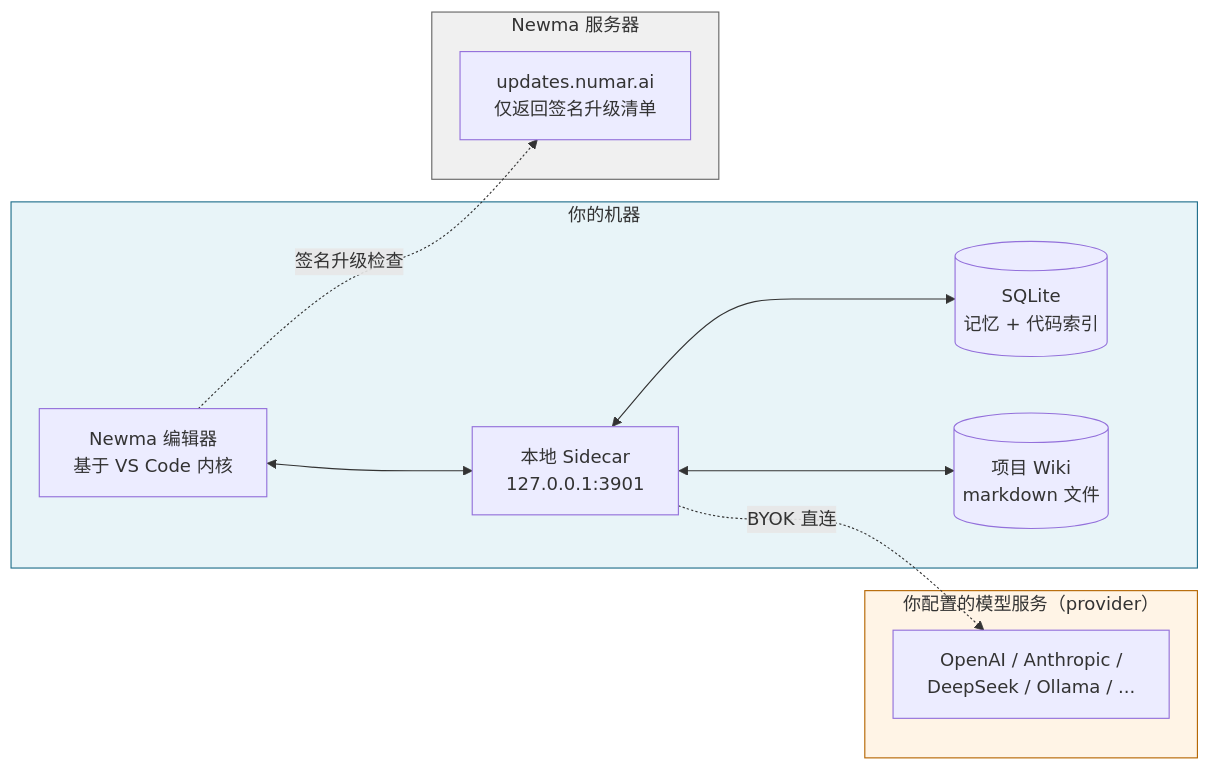
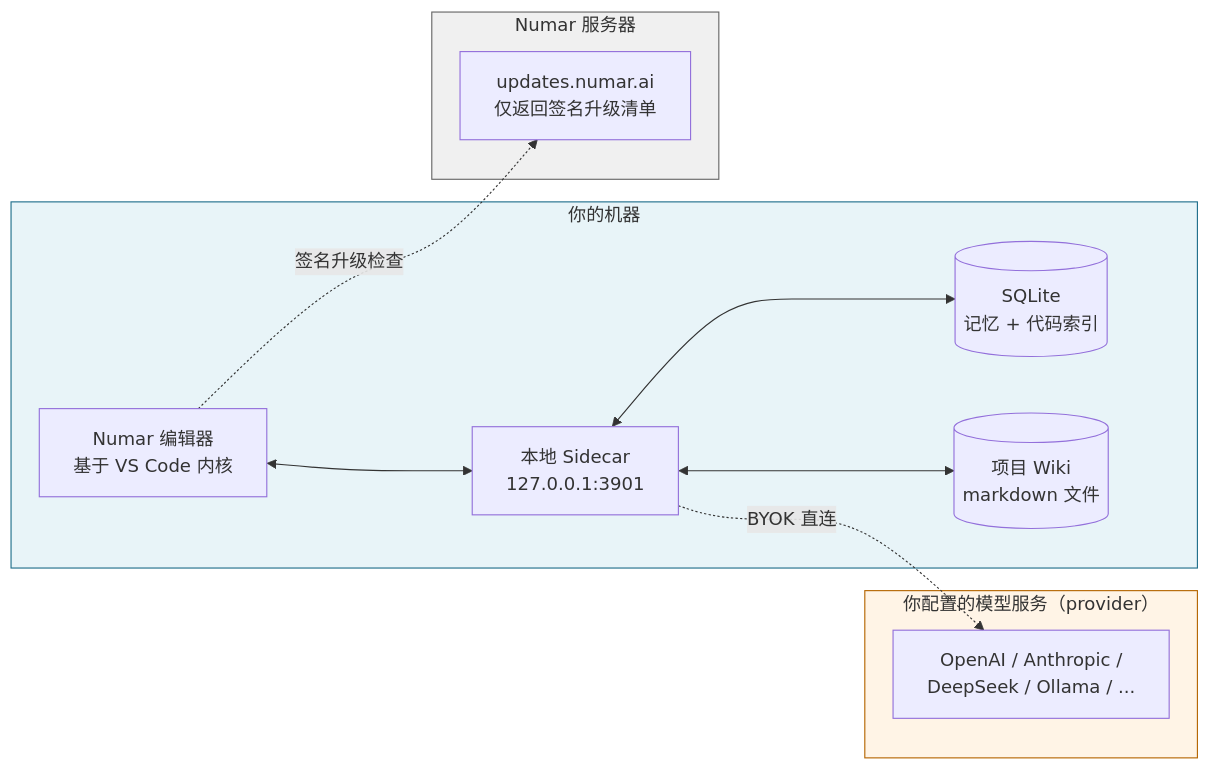
One commit to NumarAI/numar-releases changed the first of 3 diagrams in README.zh-CN.md. Above: the diagram before and after it, drawn with Mermaid. The commit also changed other lines of this file and 1 other file, not shown here.

First line of the commit message:
Rebrand README to Numar following the v0.0.5 release.

````diff
--- a/README.zh-CN.md
+++ b/README.zh-CN.md
@@ -57,31 +57,31 @@
 ```mermaid
 graph LR
     subgraph YourMachine["你的机器"]
-        Editor[Newma 编辑器<br/>基于 VS Code 内核]
+        Editor[Numar 编辑器<br/>基于 VS Code 内核]
         Sidecar[本地 Sidecar<br/>127.0.0.1:3901]
         SQLite[(SQLite<br/>记忆 + 代码索引)]
         Wiki[(项目 Wiki<br/>markdown 文件)]
         Editor <--> Sidecar
         Sidecar <--> SQLite
         Sidecar <--> Wiki
     end
 
     subgraph YourProvider["你配置的模型服务（provider）"]
         LLM[OpenAI / Anthropic /<br/>DeepSeek / Ollama / ...]
     end
 
     Sidecar -.BYOK 直连.-> LLM
 
-    subgraph NewmaServers["Newma 服务器"]
+    subgraph NumarServers["Numar 服务器"]
         UpdateServer[updates.numar.ai<br/>仅返回签名升级清单]
     end
 
     Editor -.签名升级检查.-> UpdateServer
 
     classDef yours fill:#e8f4f8,stroke:#1f6f8b
     classDef provider fill:#fff4e6,stroke:#b56500
     classDef ours fill:#f0f0f0,stroke:#666
     class YourMachine yours
     class YourProvider provider
-    class NewmaServers ours
+    class NumarServers ours
 ```
````
